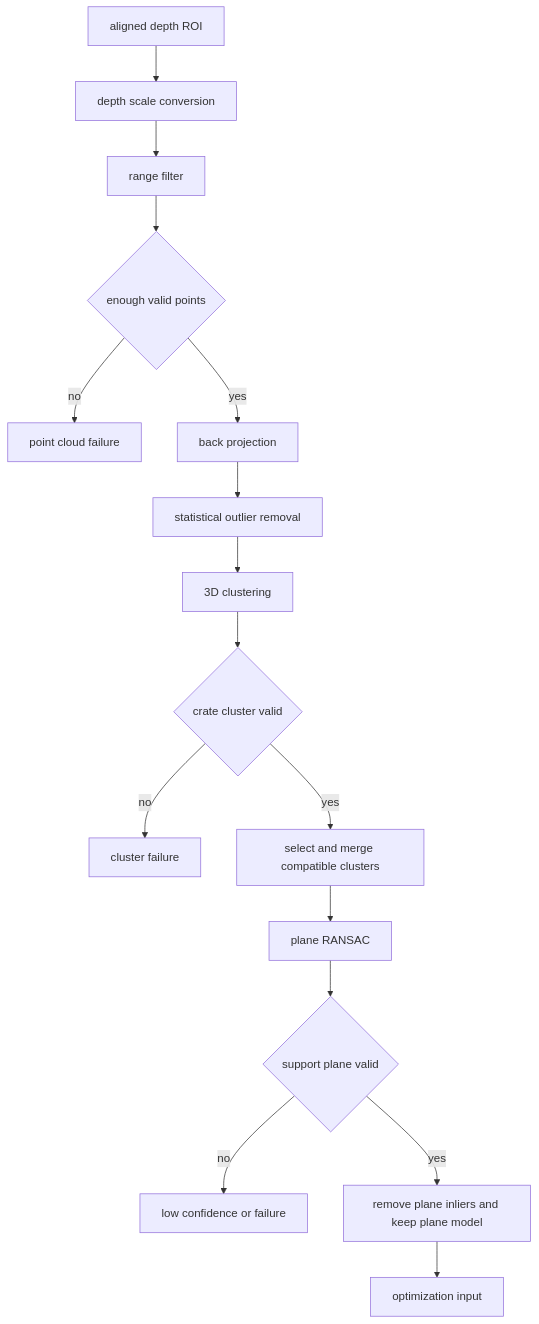
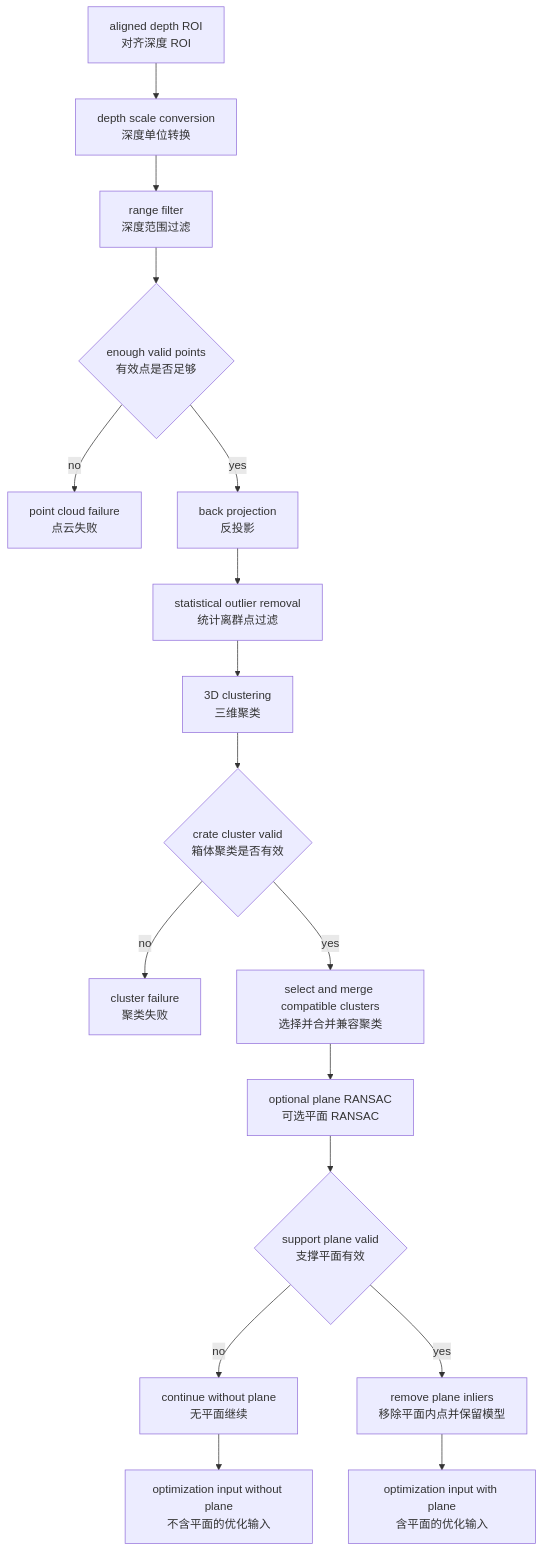
One commit to liujun0808/detect_box_ws changed the third of 4 diagrams in pointcloud_filter_and_position_optimization.md. Above: the diagram before and after it, drawn with Mermaid. The commit also changed other lines of this file and 15 other files, not shown here.

```diff
--- a/pointcloud_filter_and_position_optimization.md
+++ b/pointcloud_filter_and_position_optimization.md
@@ -522,18 +553,19 @@
 ~~~mermaid
 flowchart TD
-    A[aligned depth ROI] --> B[depth scale conversion]
-    B --> C[range filter]
-    C --> D{enough valid points}
-    D -- no --> X[point cloud failure]
-    D -- yes --> E[back projection]
-    E --> F[statistical outlier removal]
-    F --> G[3D clustering]
-    G --> H{crate cluster valid}
-    H -- no --> Y[cluster failure]
-    H -- yes --> I[select and merge compatible clusters]
-    I --> J[plane RANSAC]
-    J --> K{support plane valid}
-    K -- no --> Z[low confidence or failure]
-    K -- yes --> L[remove plane inliers and keep plane model]
-    L --> M[optimization input]
+    A[aligned depth ROI<br/>对齐深度 ROI] --> B[depth scale conversion<br/>深度单位转换]
+    B --> C[range filter<br/>深度范围过滤]
+    C --> D{enough valid points<br/>有效点是否足够}
+    D -- no --> X[point cloud failure<br/>点云失败]
+    D -- yes --> E[back projection<br/>反投影]
+    E --> F[statistical outlier removal<br/>统计离群点过滤]
+    F --> G[3D clustering<br/>三维聚类]
+    G --> H{crate cluster valid<br/>箱体聚类是否有效}
+    H -- no --> Y[cluster failure<br/>聚类失败]
+    H -- yes --> I[select and merge compatible clusters<br/>选择并合并兼容聚类]
+    I --> J[optional plane RANSAC<br/>可选平面 RANSAC]
+    J --> K{support plane valid<br/>支撑平面有效}
+    K -- no --> L[continue without plane<br/>无平面继续]
+    K -- yes --> M[remove plane inliers<br/>移除平面内点并保留模型]
+    L --> N[optimization input without plane<br/>不含平面的优化输入]
+    M --> O[optimization input with plane<br/>含平面的优化输入]
 ~~~
```
